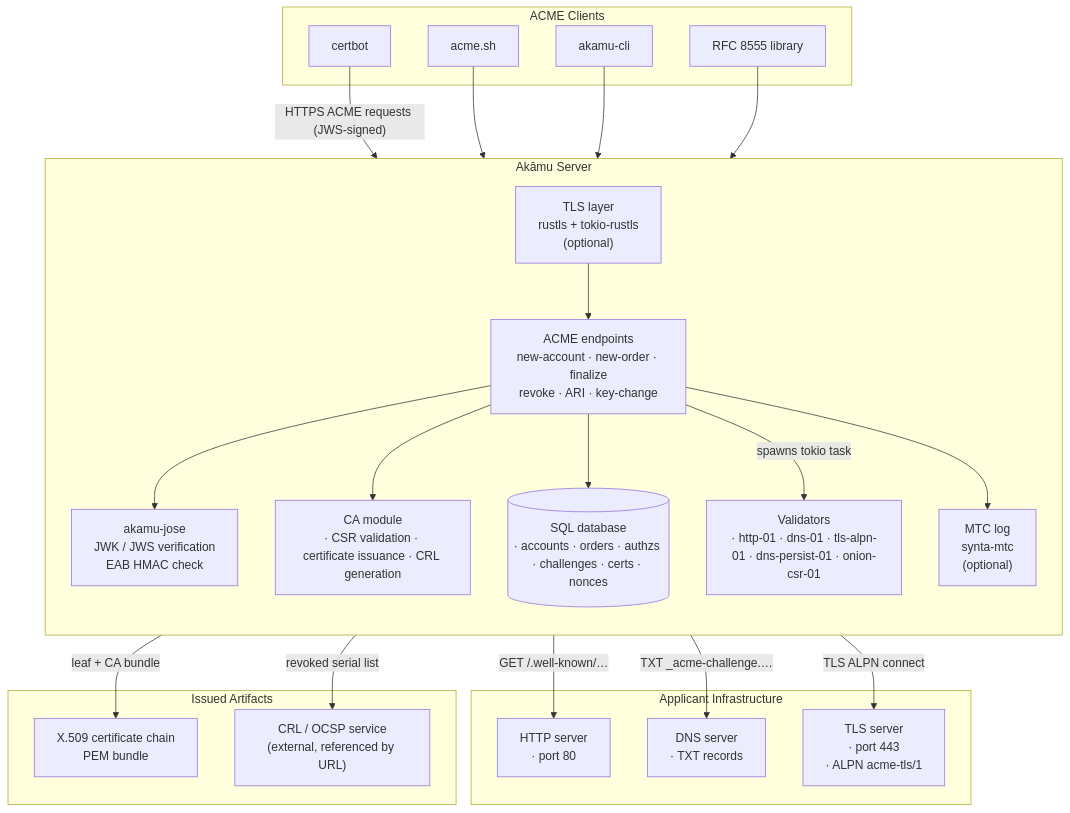
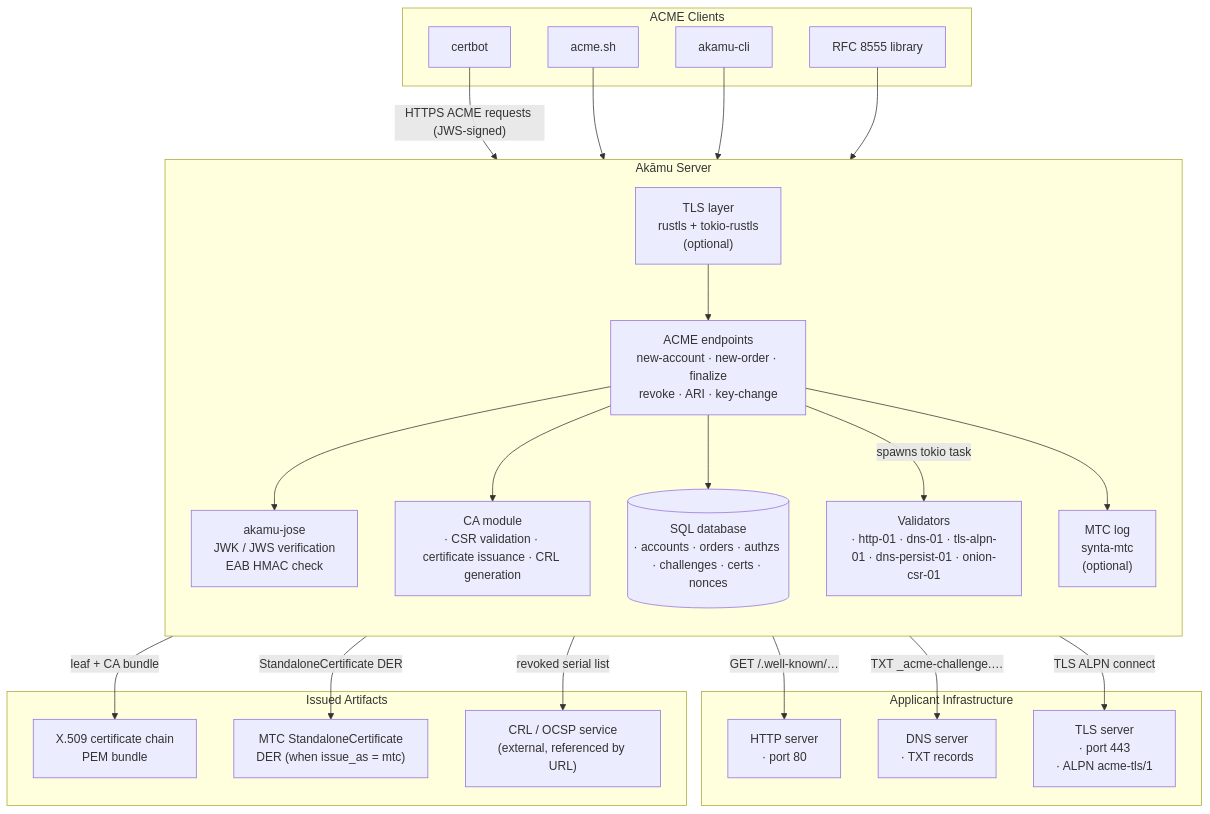
One commit to czinda/akamu changed the first of 2 diagrams in docs/src/developer/architecture.md. Above: the diagram before and after it, drawn with Mermaid. The commit also changed other lines of this file and 9 other files, not shown here.

````diff
--- a/docs/src/developer/architecture.md
+++ b/docs/src/developer/architecture.md
@@ -9,49 +9,51 @@
 ```mermaid
 graph TB
     subgraph clients["ACME Clients"]
         certbot[certbot]
         acmesh[acme.sh]
         akamucli[akamu-cli]
         custom[RFC 8555 library]
     end
 
     subgraph akamu["Akāmu Server"]
         direction TB
         tls["TLS layer<br/>rustls + tokio-rustls<br/>(optional)"]
         acme["ACME endpoints<br/>new-account · new-order · finalize<br/>revoke · ARI · key-change"]
         jose["akamu-jose<br/>JWK / JWS verification<br/>EAB HMAC check"]
         ca["CA module<br/>· CSR validation · certificate issuance · CRL generation"]
         db[("SQL database<br/>· accounts · orders · authzs · challenges · certs · nonces")]
         val["Validators<br/>· http-01 · dns-01 · tls-alpn-01 · dns-persist-01 · onion-csr-01"]
         mtc["MTC log<br/>synta-mtc<br/>(optional)"]
     end
 
     subgraph external["Applicant Infrastructure"]
         httpserver["HTTP server<br/>· port 80"]
         dns["DNS server<br/>· TXT records"]
         tlsserver["TLS server<br/>· port 443<br/>· ALPN acme-tls/1"]
     end
 
     subgraph artifacts["Issued Artifacts"]
         certchain["X.509 certificate chain<br/>PEM bundle"]
+        mtccert["MTC StandaloneCertificate<br/>DER (when issue_as = mtc)"]
         crlsvc["CRL / OCSP service<br/>(external, referenced by URL)"]
     end
 
     certbot -->|"HTTPS ACME requests (JWS-signed)"| tls
     acmesh --> tls
     akamucli --> tls
     custom --> tls
     tls --> acme
     acme --> jose
     acme --> ca
     acme --> db
     acme -->|"spawns tokio task"| val
     acme --> mtc
 
     val -->|"GET /.well-known/…"| httpserver
     val -->|"TXT _acme-challenge.…"| dns
     val -->|"TLS ALPN connect"| tlsserver
 
     ca -->|"leaf + CA bundle"| certchain
+    mtc -->|"StandaloneCertificate DER"| mtccert
     ca -->|"revoked serial list"| crlsvc
 ```
````
